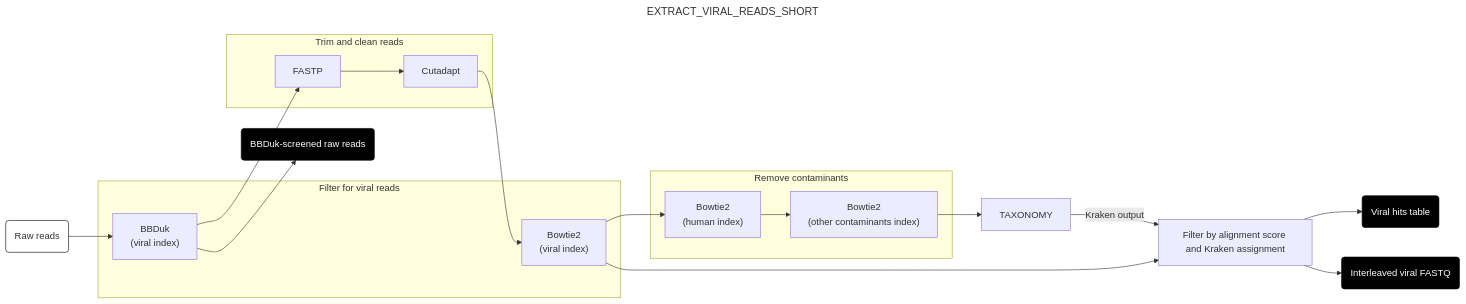
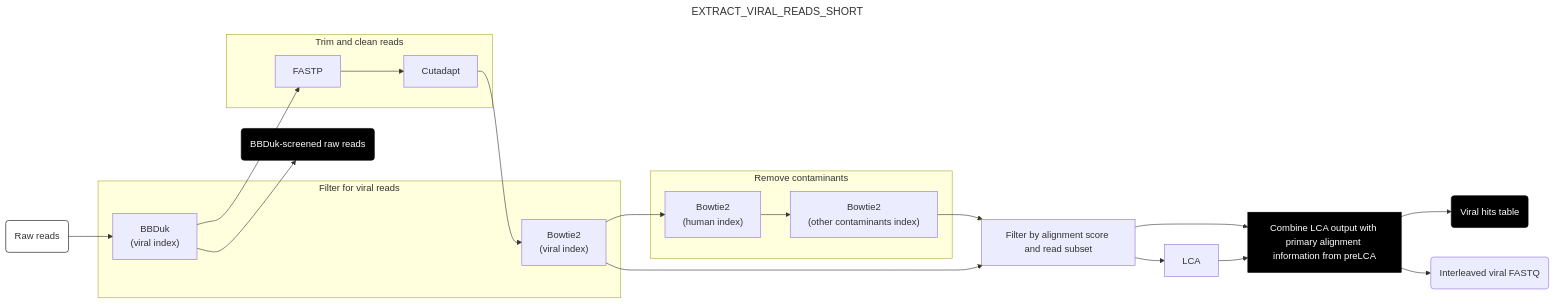
Before and after one commit to naobservatory/mgs-workflow: the fifth of 9 diagrams in docs/run.md, drawn with Mermaid. The commit also changed other lines of this file, not shown here.

````diff
--- a/docs/run.md
+++ b/docs/run.md
@@ -167,37 +167,39 @@
 ```mermaid
 ---
 title: EXTRACT_VIRAL_READS_SHORT
 config:
   layout: horizontal
 ---
 flowchart LR
 A(Raw reads) --> B["BBDuk <br> (viral index)"]
 B --> M(BBDuk-screened raw reads)
 B --> C[FASTP]
 C --> D[Cutadapt]
 D --> E["Bowtie2 <br> (viral index)"]
 E --> F["Bowtie2 <br> (human index)"]
 F --> G["Bowtie2 <br> (other contaminants index)"]
-G --> H[TAXONOMY]
-H --> |Kraken output| I[Filter by alignment score and Kraken assignment]
-E --> I
-I --> J(Viral hits table)
-I --> K(Interleaved viral FASTQ)
+G --> H[Filter by alignment score and read subset]
+E --> H
+H --> I[LCA]
+H --> J
+I --> J[Combine LCA output with primary alignment information from preLCA]
+J --> K(Viral hits table)
+J --> L(Interleaved viral FASTQ)
 
 subgraph "Filter for viral reads"
 B
 E
 end
 subgraph "Trim and clean reads"
 C
 D
 end
 subgraph "Remove contaminants"
 F
 G
 end
 style A fill:#fff,stroke:#000
 style J fill:#000,color:#fff,stroke:#000
 style K fill:#000,color:#fff,stroke:#000
 style M fill:#000,color:#fff,stroke:#000
 ```
````
